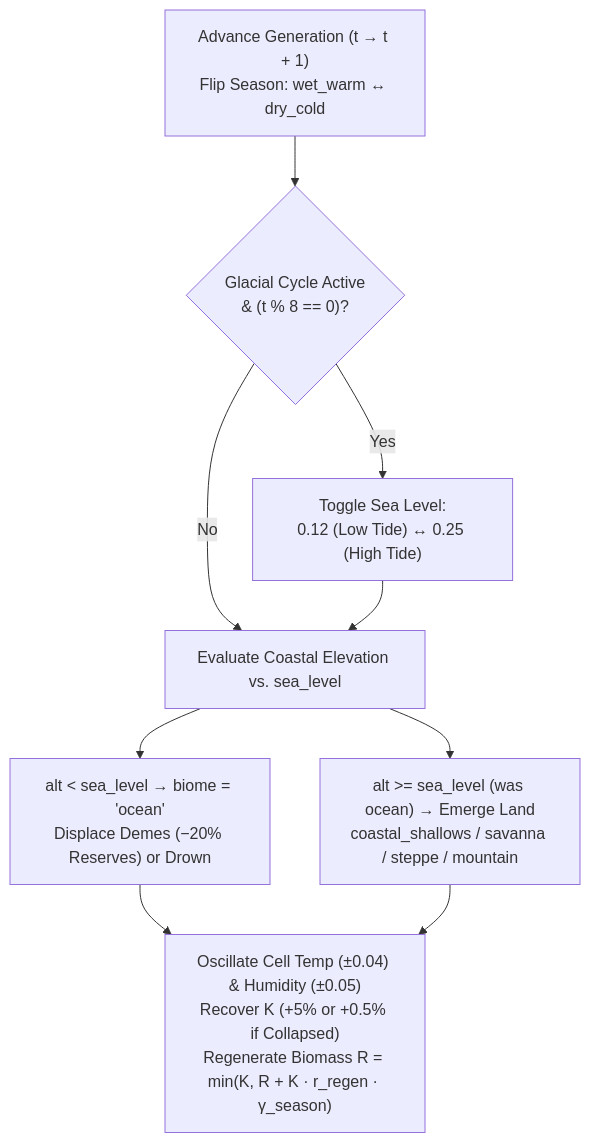
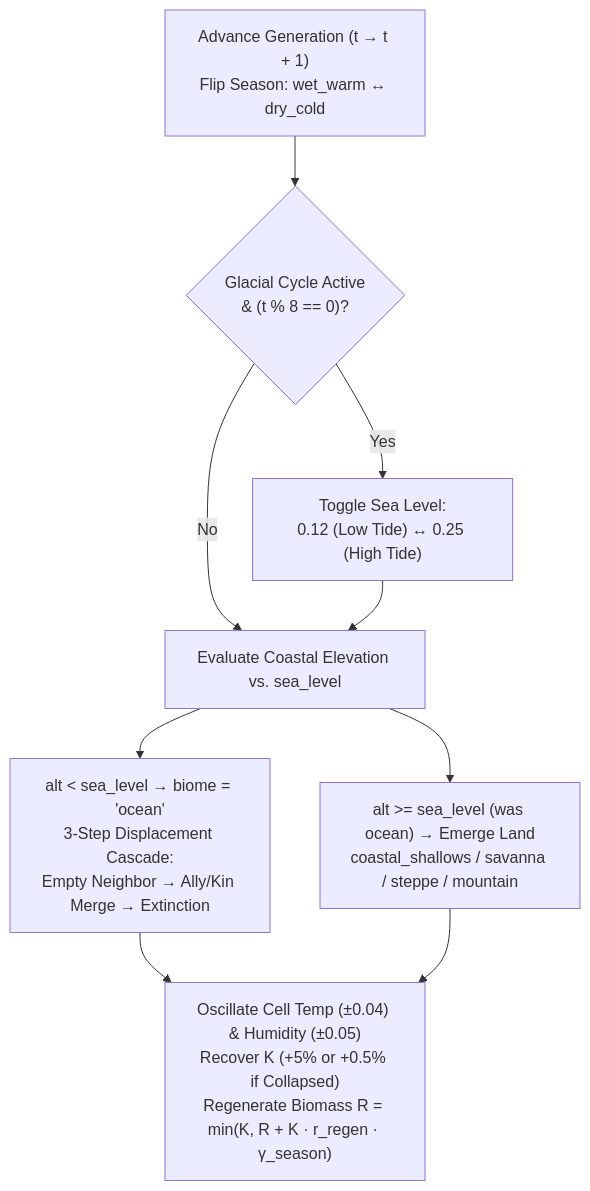
Before and after one commit to arrase/Evolution: the diagram in gh-pages/worlds_biomes.md, drawn with Mermaid. The commit also changed other lines of this file and 34 other files, not shown here.

````diff
--- a/gh-pages/worlds_biomes.md
+++ b/gh-pages/worlds_biomes.md
@@ -64,10 +62,10 @@
 ```mermaid
 flowchart TD
     Gen["Advance Generation (t → t + 1)\nFlip Season: wet_warm ↔ dry_cold"] --> Glacial{"Glacial Cycle Active\n& (t % 8 == 0)?"}
     Glacial -- "Yes" --> SeaToggle["Toggle Sea Level:\n0.12 (Low Tide) ↔ 0.25 (High Tide)"]
     Glacial -- "No" --> FloodCheck["Evaluate Coastal Elevation vs. sea_level"]
     SeaToggle --> FloodCheck
-    FloodCheck --> Submerge["alt < sea_level → biome = 'ocean'\nDisplace Demes (−20% Reserves) or Drown"]
+    FloodCheck --> Submerge["alt < sea_level → biome = 'ocean'\n3-Step Displacement Cascade:\nEmpty Neighbor → Ally/Kin Merge → Extinction"]
     FloodCheck --> Emerge["alt >= sea_level (was ocean) → Emerge Land\ncoastal_shallows / savanna / steppe / mountain"]
     Submerge & Emerge --> Regen["Oscillate Cell Temp (±0.04) & Humidity (±0.05)\nRecover K (+5% or +0.5% if Collapsed)\nRegenerate Biomass R = min(K, R + K · r_regen · γ_season)"]
 ```
````
